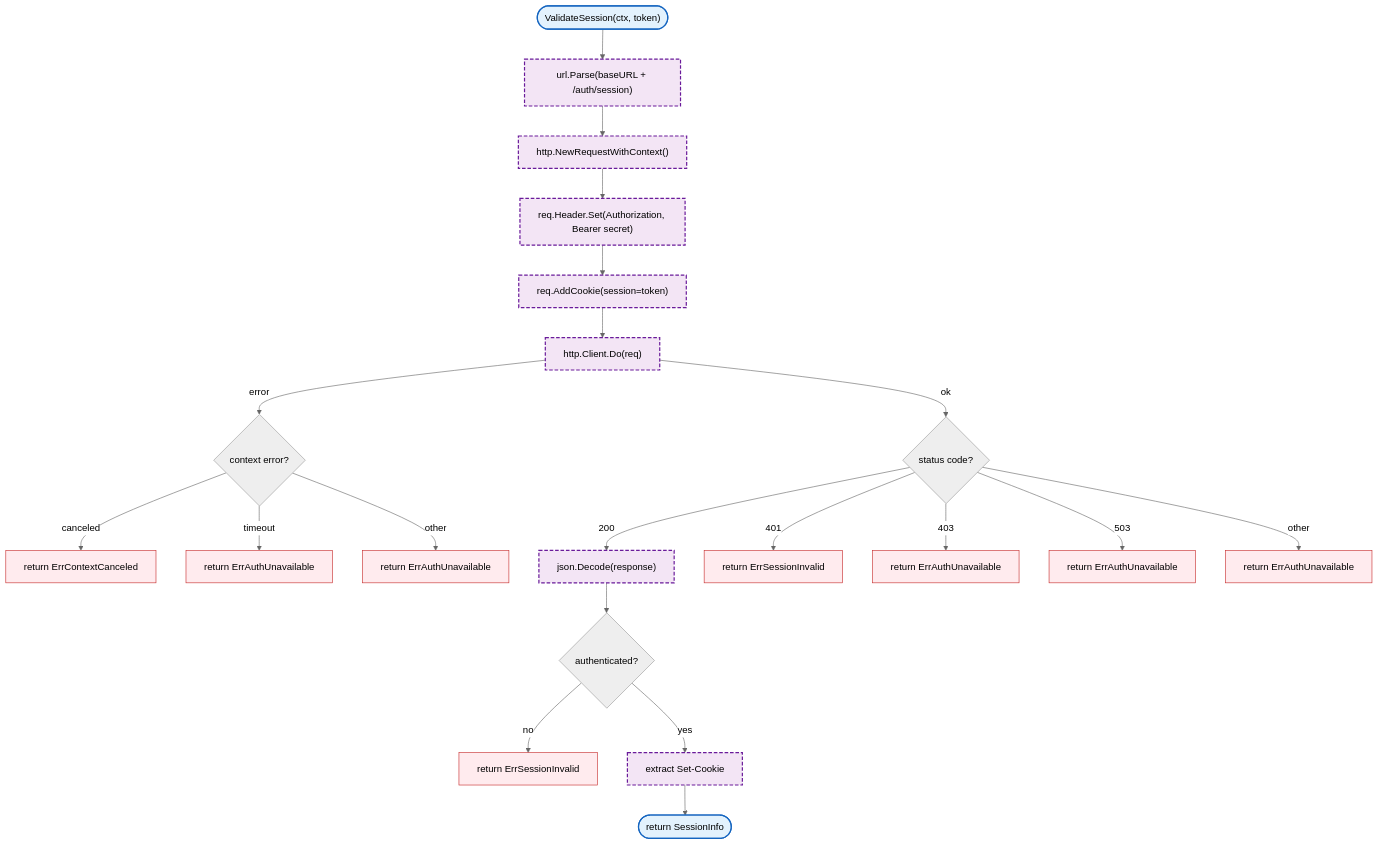
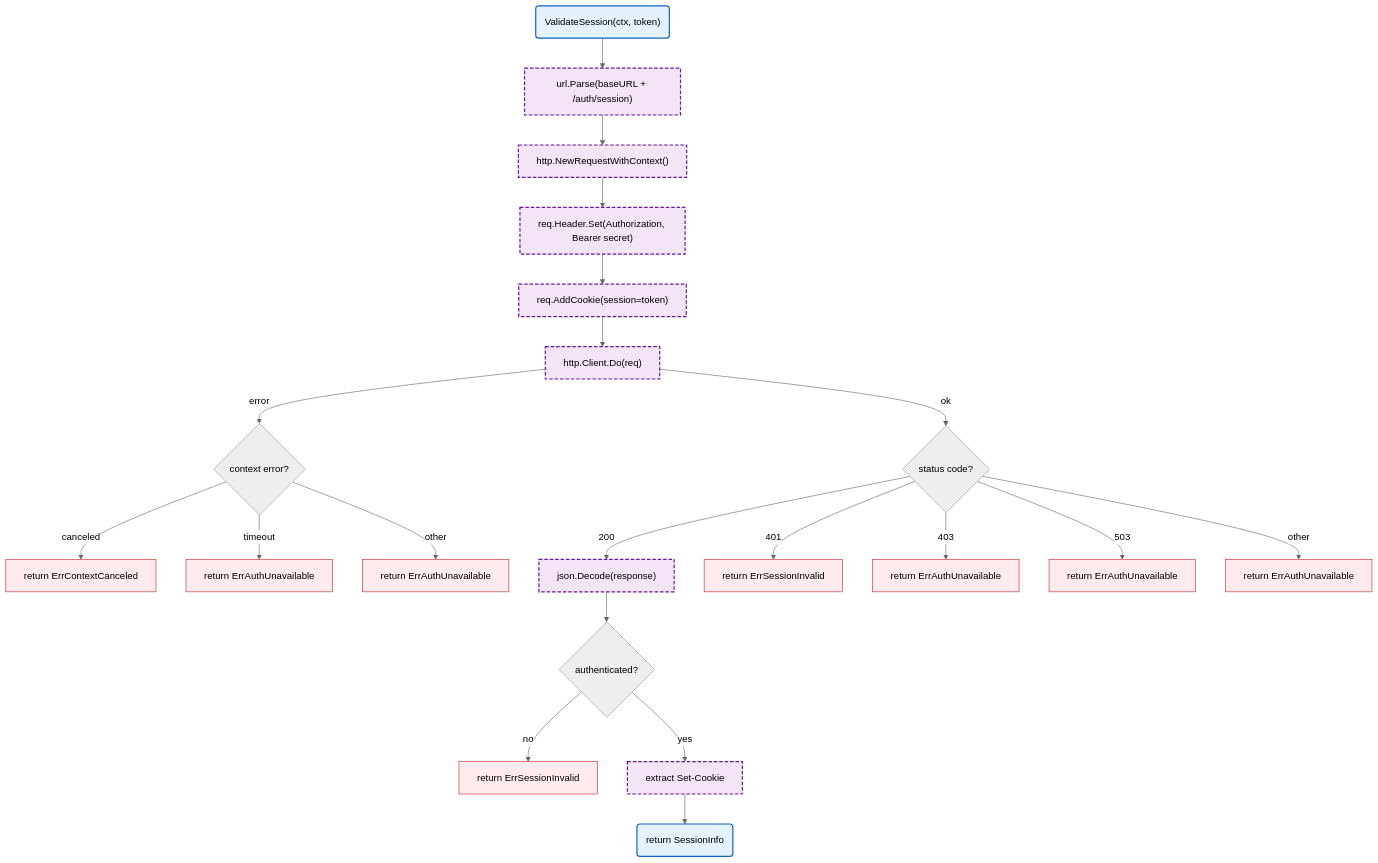
The diagram in docs/internal/auth.md (radch-ai/ava), drawn with Mermaid (neutral theme) before and after one commit. The commit also changed 24 other files, not shown here.

First line of the commit message:
fix(docs): fix mermaid syntax errors in all diagrams

````diff
--- a/docs/internal/auth.md
+++ b/docs/internal/auth.md
@@ -7,30 +7,30 @@
 ```mermaid
 flowchart TB
-    Start(["ValidateSession(ctx, token)"]) --> BuildURL["url.Parse(baseURL + /auth/session)"]
+    Start("ValidateSession(ctx, token)") --> BuildURL["url.Parse(baseURL + /auth/session)"]
     BuildURL --> CreateReq["http.NewRequestWithContext()"]
     CreateReq --> AddHeaders["req.Header.Set(Authorization, Bearer secret)"]
     AddHeaders --> AddCookie["req.AddCookie(session=token)"]
     AddCookie --> DoReq["http.Client.Do(req)"]
     DoReq -->|error| CheckErr{context error?}
     CheckErr -->|canceled| ErrCanceled["return ErrContextCanceled"]
     CheckErr -->|timeout| ErrUnavailable["return ErrAuthUnavailable"]
     CheckErr -->|other| ErrOther["return ErrAuthUnavailable"]
     DoReq -->|ok| CheckStatus{status code?}
     CheckStatus -->|200| DecodeResp["json.Decode(response)"]
     CheckStatus -->|401| ErrInvalid["return ErrSessionInvalid"]
     CheckStatus -->|403| ErrForbidden["return ErrAuthUnavailable"]
     CheckStatus -->|503| ErrUnavailable2["return ErrAuthUnavailable"]
     CheckStatus -->|other| ErrUnexpected["return ErrAuthUnavailable"]
     DecodeResp --> CheckAuth{authenticated?}
     CheckAuth -->|no| ErrInvalid2["return ErrSessionInvalid"]
     CheckAuth -->|yes| ExtractCookie["extract Set-Cookie"]
-    ExtractCookie --> Done(["return SessionInfo"])
+    ExtractCookie --> Done("return SessionInfo")
 
     classDef mainFn fill:#e3f2fd,stroke:#1565c0,stroke-width:2px
     classDef internalFn fill:#f3e5f5,stroke:#6a1b9a,stroke-width:2px,stroke-dasharray:6 3
     classDef errorFlow fill:#ffebee,stroke:#c62828,stroke-width:1px
 
     class Start,Done mainFn
     class ErrCanceled,ErrUnavailable,ErrOther,ErrInvalid,ErrForbidden,ErrUnavailable2,ErrUnexpected,ErrInvalid2 errorFlow
     class BuildURL,CreateReq,AddHeaders,AddCookie,DoReq,DecodeResp,ExtractCookie internalFn
 ```
````
